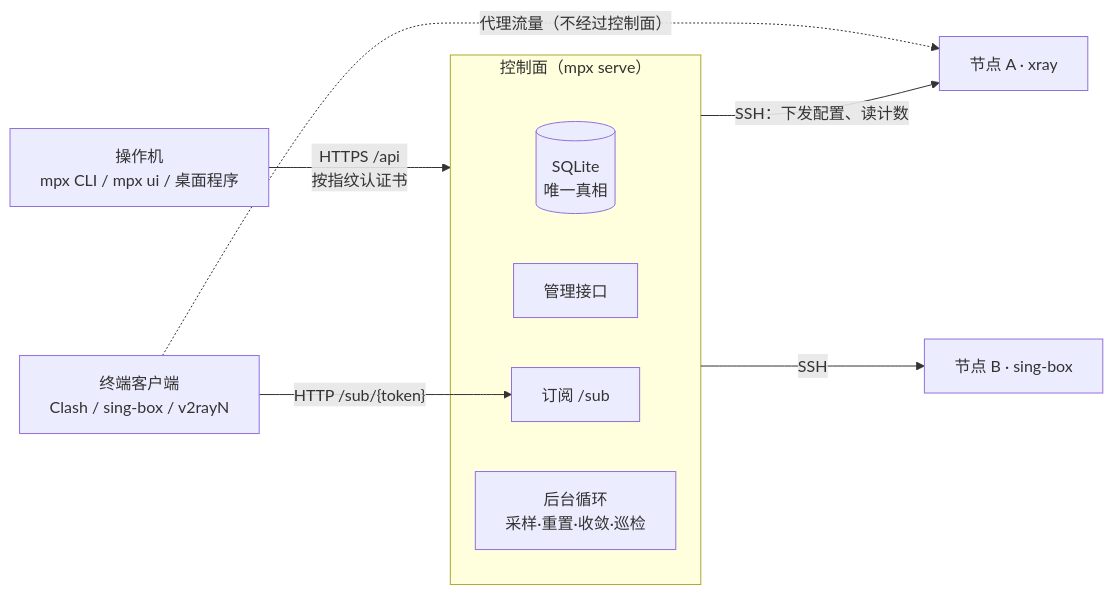
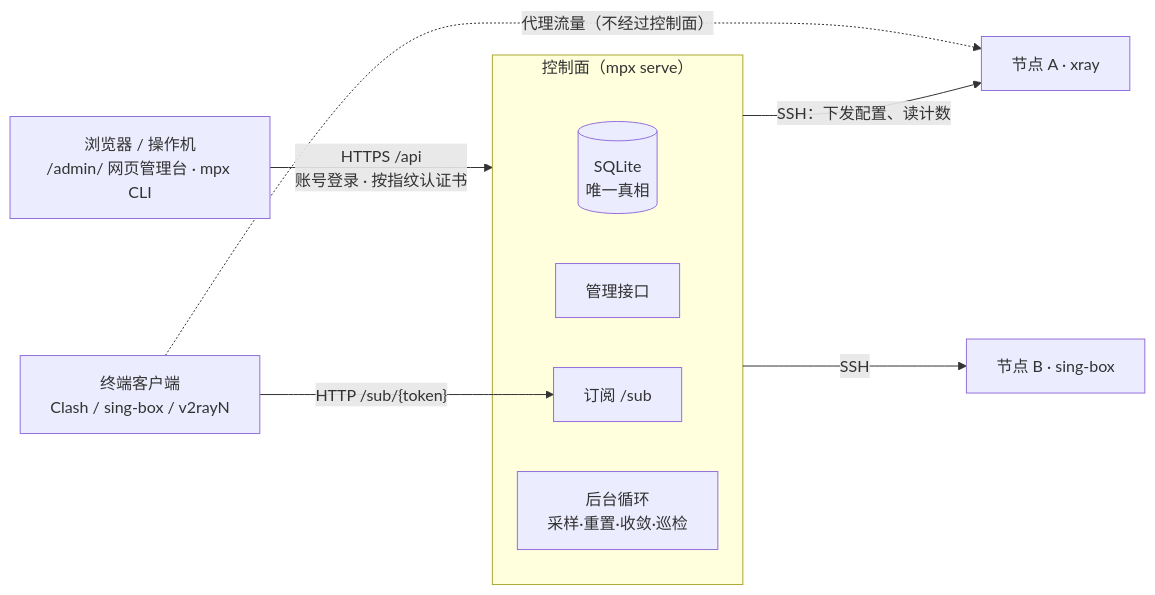
Before and after one commit to RovenEverward/my-proxy: the diagram in docs/atlas/README.md, drawn with Mermaid. The commit also changed other lines of this file and 74 other files, not shown here.

````diff
--- a/docs/atlas/README.md
+++ b/docs/atlas/README.md
@@ -60,14 +58,14 @@
 ```mermaid
 flowchart LR
-  op["操作机<br/>mpx CLI / mpx ui / 桌面程序"] -- "HTTPS /api<br/>按指纹认证书" --> cp
+  op["浏览器 / 操作机<br/>/admin/ 网页管理台 · mpx CLI"] -- "HTTPS /api<br/>账号登录 · 按指纹认证书" --> cp
   subgraph cp["控制面（mpx serve）"]
     db[("SQLite<br/>唯一真相")]
     api["管理接口"]
     sub["订阅 /sub"]
     loop["后台循环<br/>采样·重置·收敛·巡检"]
   end
   cp -- "SSH：下发配置、读计数" --> n1["节点 A · xray"]
   cp -- "SSH" --> n2["节点 B · sing-box"]
   client["终端客户端<br/>Clash / sing-box / v2rayN"] -- "HTTP /sub/{token}" --> sub
   client -. "代理流量（不经过控制面）" .-> n1
 ```
````
